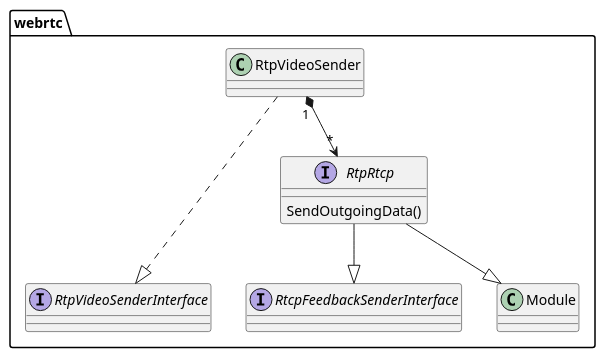
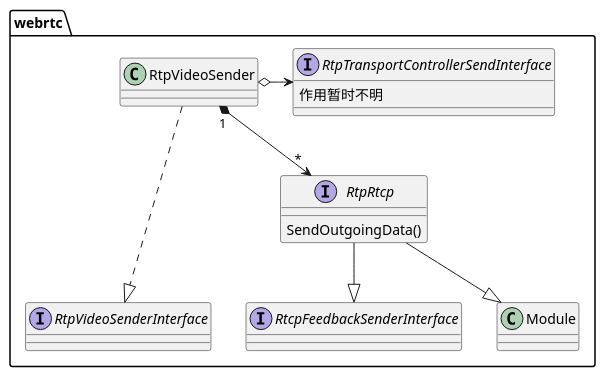
The ninth of 19 diagrams in webrtc_chrome/Design.md (mingxin505/webrtcNote), drawn with PlantUML before and after one commit. The commit also changed other lines of this file and 4 other files, not shown here.

````diff
--- a/webrtc_chrome/Design.md
+++ b/webrtc_chrome/Design.md
@@ -169,13 +177,17 @@
 ```plantuml
 package webrtc { 
     interface RtpVideoSenderInterface
+    interface RtpTransportControllerSendInterface {
+        作用暂时不明
+    }
     interface RtpRtcp {
         SendOutgoingData()
     }
     interface RtcpFeedbackSenderInterface
     RtpVideoSender ...|> RtpVideoSenderInterface
     RtpVideoSender "1" *--> "*" RtpRtcp
+    RtpVideoSender o-> RtpTransportControllerSendInterface
     RtpRtcp --|> Module
     RtpRtcp --|> RtcpFeedbackSenderInterface
 }
 ```
````
